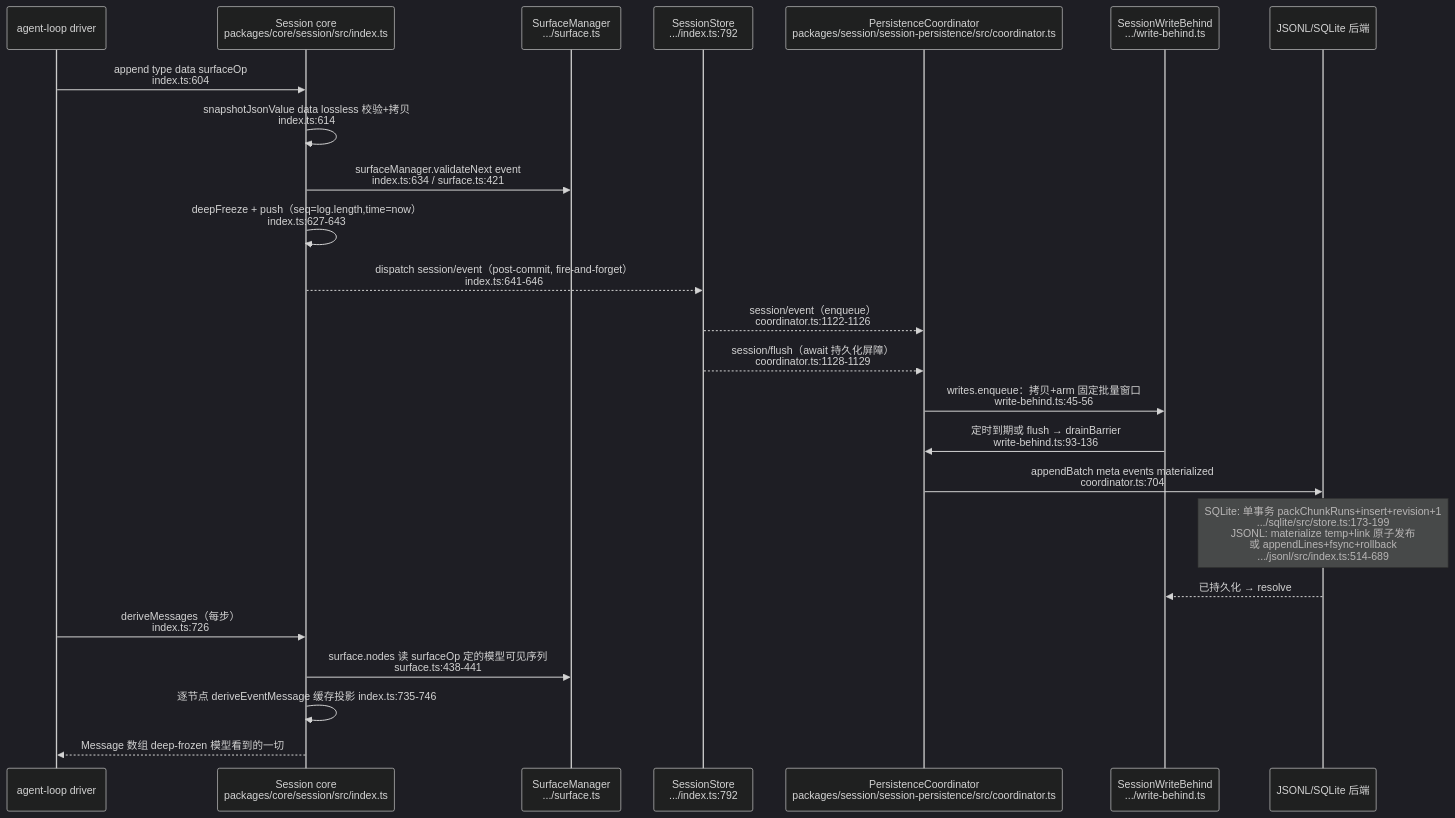
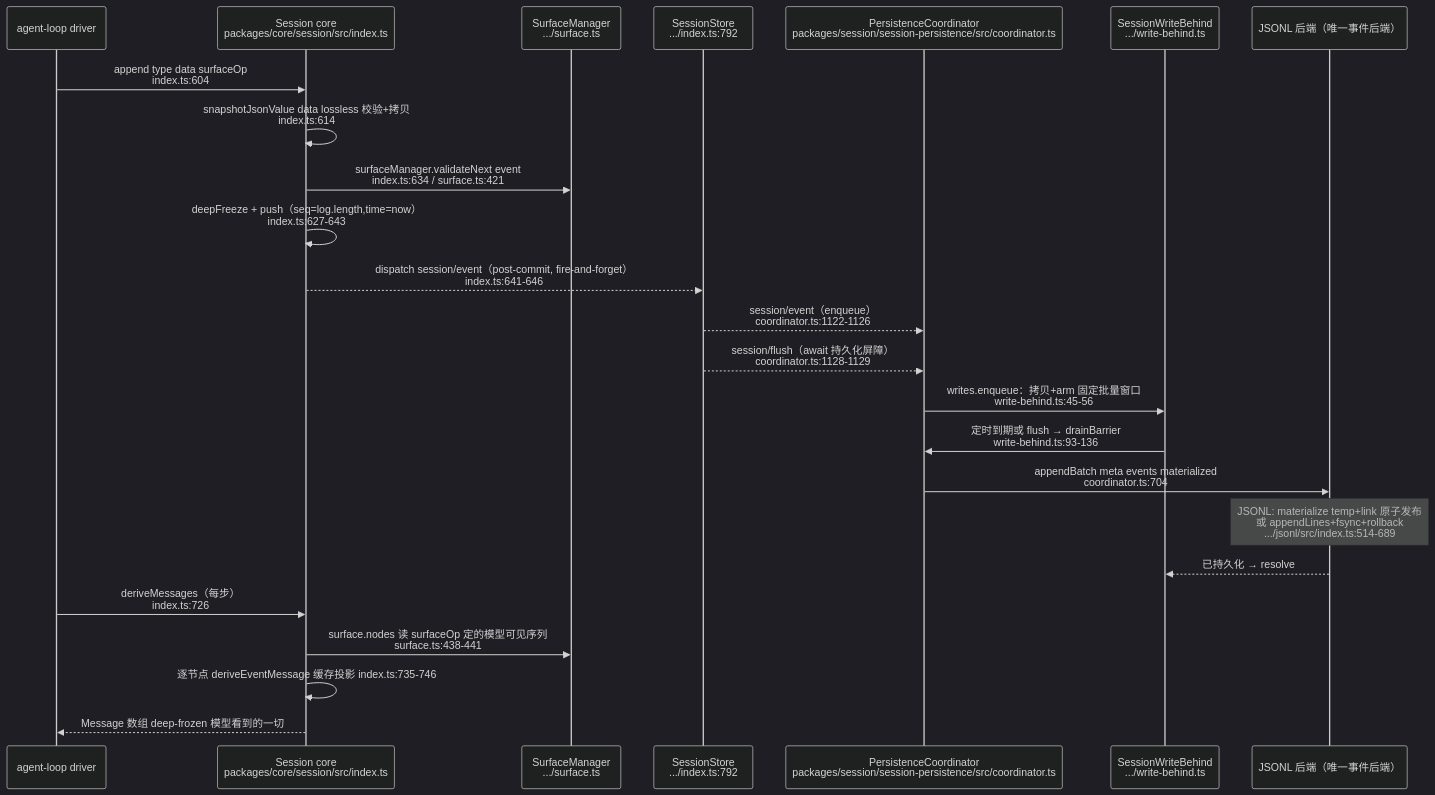
The first of 2 diagrams in ai-agent/deepseek-harness/session.md (morehao/oss-insights), drawn with Mermaid (dark theme) before and after one commit. The commit also changed other lines of this file and 20 other files, not shown here.

````diff
--- a/ai-agent/deepseek-harness/session.md
+++ b/ai-agent/deepseek-harness/session.md
@@ -150,27 +151,27 @@
 ```mermaid
 sequenceDiagram
     participant Drv as agent-loop driver
     participant S as Session core <br>packages/core/session/src/index.ts
     participant Surf as SurfaceManager <br>.../surface.ts
     participant Store as SessionStore <br>.../index.ts:792
     participant Persist as PersistenceCoordinator <br>packages/session/session-persistence/src/coordinator.ts
     participant WB as SessionWriteBehind <br>.../write-behind.ts
-    participant Backend as JSONL/SQLite 后端
+    participant Backend as JSONL 后端（唯一事件后端）
 
     Drv->>S: append type data surfaceOp <br>index.ts:604
     S->>S: snapshotJsonValue data lossless 校验+拷贝 <br>index.ts:614
     S->>Surf: surfaceManager.validateNext event <br>index.ts:634 / surface.ts:421
     S->>S: deepFreeze + push（seq=log.length,time=now） <br>index.ts:627-643
     S-->>Store: dispatch session/event（post-commit, fire-and-forget） <br>index.ts:641-646
     Store-->>Persist: session/event（enqueue） <br>coordinator.ts:1122-1126
     Store-->>Persist: session/flush（await 持久化屏障） <br>coordinator.ts:1128-1129
     Persist->>WB: writes.enqueue：拷贝+arm 固定批量窗口 <br>write-behind.ts:45-56
     WB->>Persist: 定时到期或 flush → drainBarrier <br>write-behind.ts:93-136
     Persist->>Backend: appendBatch meta events materialized <br>coordinator.ts:704
-    Note over Backend: SQLite: 单事务 packChunkRuns+insert+revision+1 <br>.../sqlite/src/store.ts:173-199 <br>JSONL: materialize temp+link 原子发布 <br>或 appendLines+fsync+rollback <br>.../jsonl/src/index.ts:514-689
+    Note over Backend: JSONL: materialize temp+link 原子发布 <br>或 appendLines+fsync+rollback <br>.../jsonl/src/index.ts:514-689
     Backend-->>WB: 已持久化 → resolve
     Drv->>S: deriveMessages（每步） <br>index.ts:726
     S->>Surf: surface.nodes 读 surfaceOp 定的模型可见序列 <br>surface.ts:438-441
     S->>S: 逐节点 deriveEventMessage 缓存投影 index.ts:735-746
     S-->>Drv: Message 数组 deep-frozen 模型看到的一切
 ```
````
